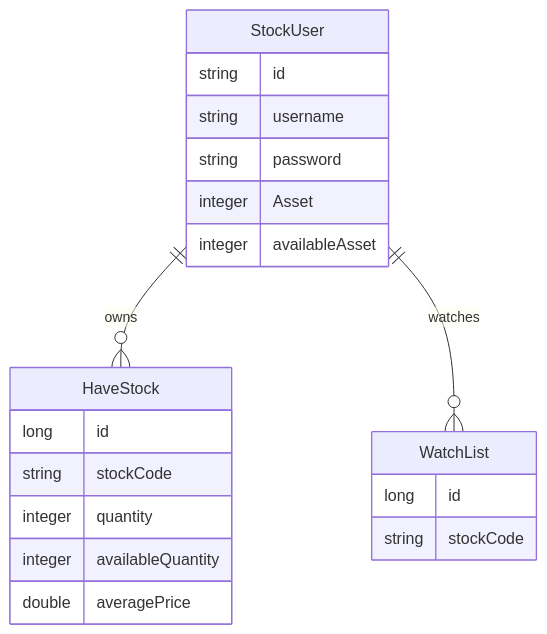
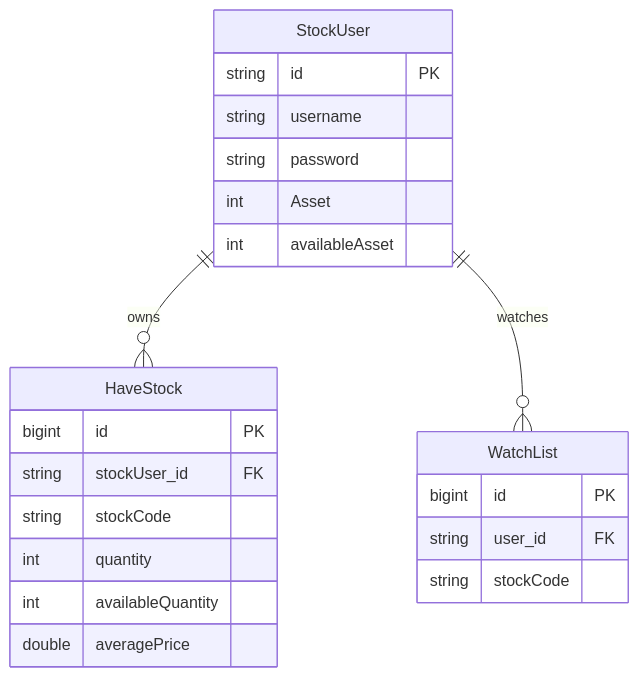
The diagram in StockBackEndDistributed/user-service/docs/08-domain-model.md (poi277/StockProject), drawn with Mermaid before and after one commit. The commit also changed other lines of this file and 49 other files, not shown here.

````diff
--- a/StockBackEndDistributed/user-service/docs/08-domain-model.md
+++ b/StockBackEndDistributed/user-service/docs/08-domain-model.md
@@ -124,26 +39,28 @@
 ```mermaid
 erDiagram
   StockUser ||--o{ HaveStock : owns
   StockUser ||--o{ WatchList : watches
 
   StockUser {
-    string id
+    string id PK
     string username
     string password
-    integer Asset
-    integer availableAsset
+    int Asset
+    int availableAsset
   }
 
   HaveStock {
-    long id
+    bigint id PK
+    string stockUser_id FK
     string stockCode
-    integer quantity
-    integer availableQuantity
+    int quantity
+    int availableQuantity
     double averagePrice
   }
 
   WatchList {
-    long id
+    bigint id PK
+    string user_id FK
     string stockCode
   }
 ```
````
